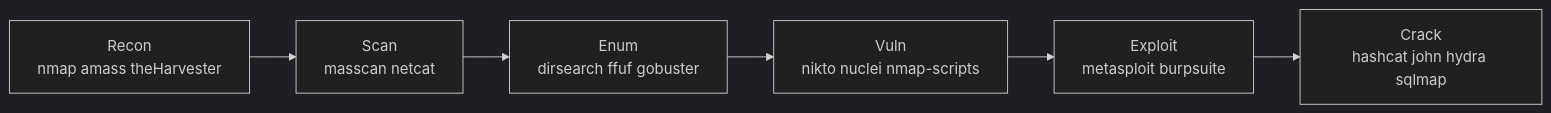
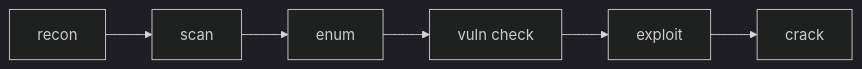
One commit to 444Nazky/My-Vault changed diagram 17 of 32 in Graph-Web-Atlas.md. Above: the diagram before and after it, drawn with Mermaid (dark theme). The commit also changed other lines of this file and 8 other files, not shown here.

````diff
--- a/Graph-Web-Atlas.md
+++ b/Graph-Web-Atlas.md
@@ -271,8 +312,8 @@
 ```mermaid
 flowchart LR
-    A[Recon<br/>nmap amass theHarvester] --> B[Scan<br/>masscan netcat]
-    B --> C[Enum<br/>dirsearch ffuf gobuster]
-    C --> D[Vuln<br/>nikto nuclei nmap-scripts]
-    D --> E[Exploit<br/>metasploit burpsuite]
-    E --> F[Crack<br/>hashcat john hydra sqlmap]
+    A["recon"] --> B["scan"]
+    B --> C["enum"]
+    C --> D["vuln check"]
+    D --> E["exploit"]
+    E --> F["crack"]
 ```
````
